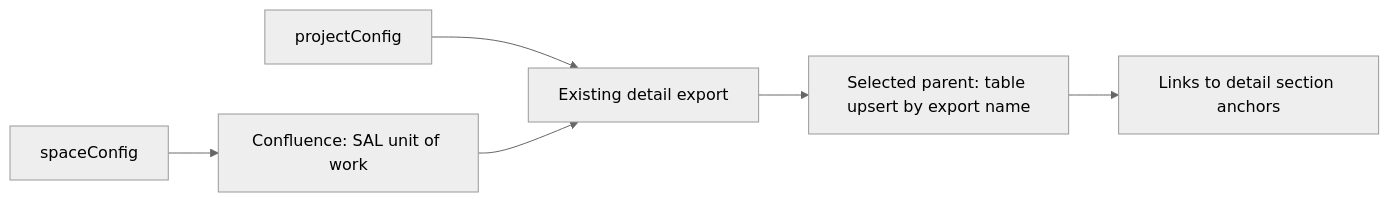
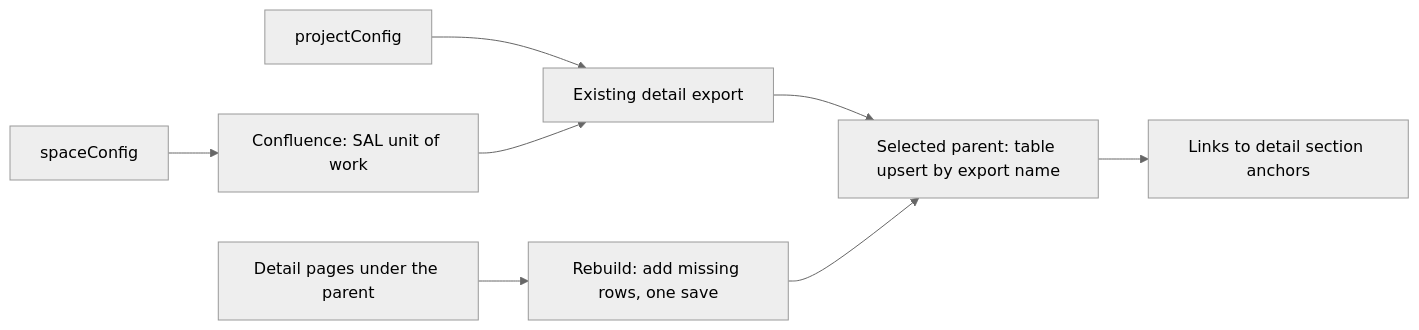
The diagram in README.md (cfaysal/atlassian-dc-config-deepscan), drawn with Mermaid (neutral theme) before and after one commit. The commit also changed other lines of this file and 8 other files, not shown here.

````diff
--- a/README.md
+++ b/README.md
@@ -190,8 +190,10 @@
 ```mermaid
 flowchart LR
     Jira[projectConfig] --> Detail[Existing detail export]
     Confluence[spaceConfig] --> Transaction[Confluence: SAL unit of work]
     Transaction --> Detail
     Detail --> Overview[Selected parent: table upsert by export name]
     Overview --> Sections[Links to detail section anchors]
+    Children[Detail pages under the parent] --> Rebuild[Rebuild: add missing rows, one save]
+    Rebuild --> Overview
 ```
````
